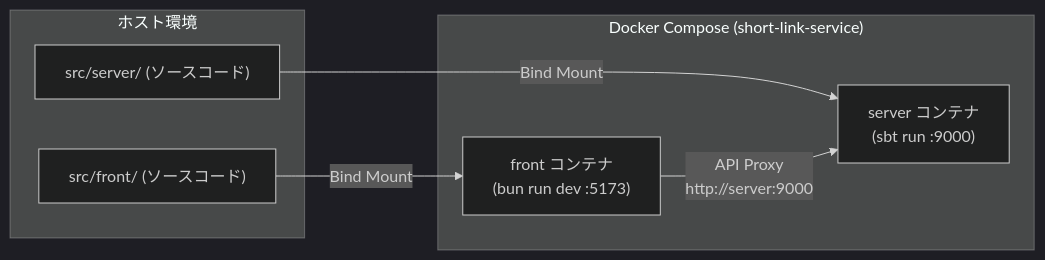
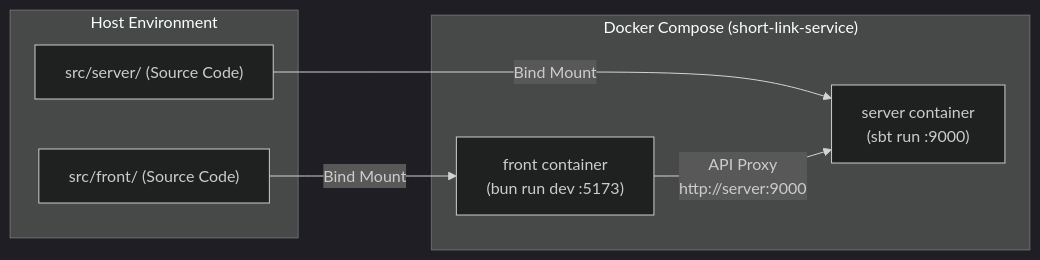
The diagram in docs/development.md (u-na-gi/short-link-service), drawn with Mermaid (dark theme) before and after one commit. The commit also changed other lines of this file and 119 other files, not shown here.

````diff
--- a/docs/development.md
+++ b/docs/development.md
@@ -72,16 +72,16 @@
 ```mermaid
 flowchart LR
-    subgraph Host ["ホスト環境"]
-        SourceServer["src/server/ (ソースコード)"]
-        SourceFront["src/front/ (ソースコード)"]
+    subgraph Host ["Host Environment"]
+        SourceServer["src/server/ (Source Code)"]
+        SourceFront["src/front/ (Source Code)"]
     end
 
     subgraph Compose ["Docker Compose (short-link-service)"]
-        ServerContainer["server コンテナ\n(sbt run :9000)"]
-        FrontContainer["front コンテナ\n(bun run dev :5173)"]
+        ServerContainer["server container\n(sbt run :9000)"]
+        FrontContainer["front container\n(bun run dev :5173)"]
     end
 
     SourceServer -->|Bind Mount| ServerContainer
     SourceFront -->|Bind Mount| FrontContainer
     FrontContainer -->|API Proxy\nhttp://server:9000| ServerContainer
 ```
````
